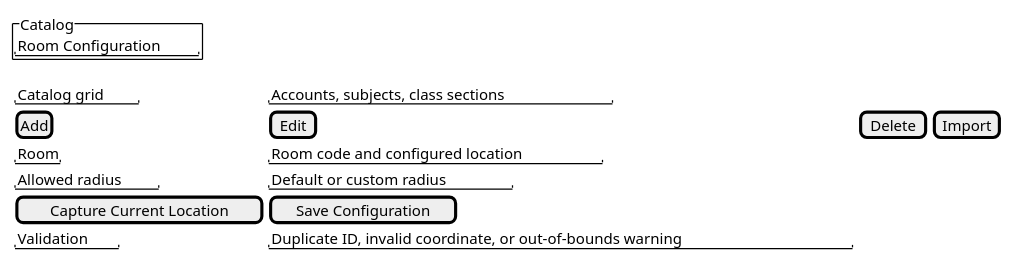
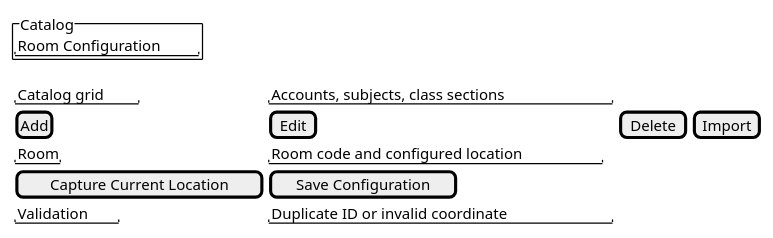
One commit to nttung42/SWD392 changed the sixth of 28 diagrams in docs/rds/2_Analysis.md. Above: the diagram before and after it, drawn with PlantUML. The commit also changed other lines of this file and 3 other files, not shown here.

````diff
--- a/docs/rds/2_Analysis.md
+++ b/docs/rds/2_Analysis.md
@@ -289,15 +285,14 @@
 ```plantuml
 @startsalt
 {
   {^"Catalog" | "Room Configuration"}
   {
     "Catalog grid" | "Accounts, subjects, class sections"
     [Add] | [Edit] | [Delete] | [Import]
     "Room" | "Room code and configured location"
-    "Allowed radius" | "Default or custom radius"
     [Capture Current Location] | [Save Configuration]
-    "Validation" | "Duplicate ID, invalid coordinate, or out-of-bounds warning"
+    "Validation" | "Duplicate ID or invalid coordinate"
   }
 }
 @endsalt
 ```
````
